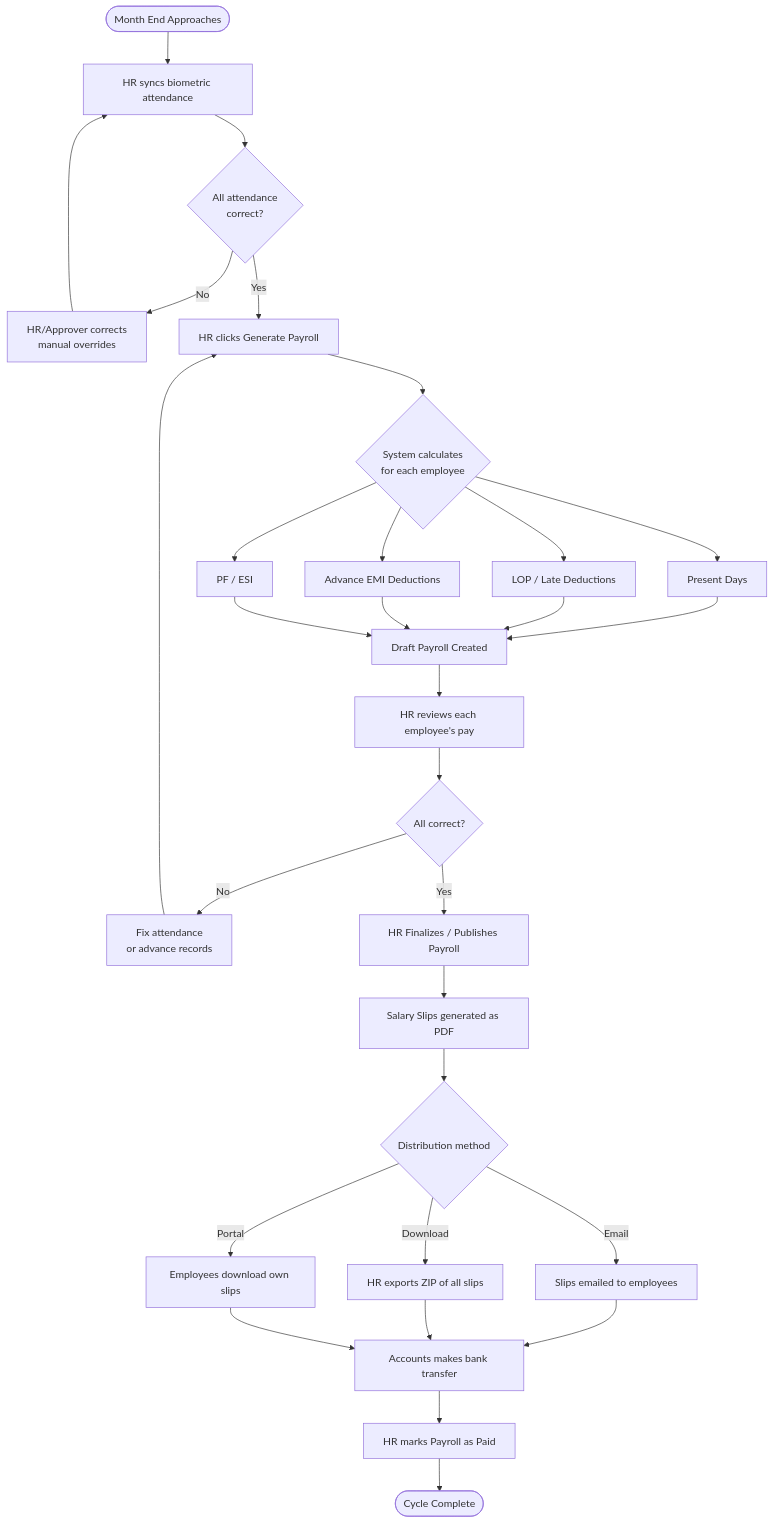
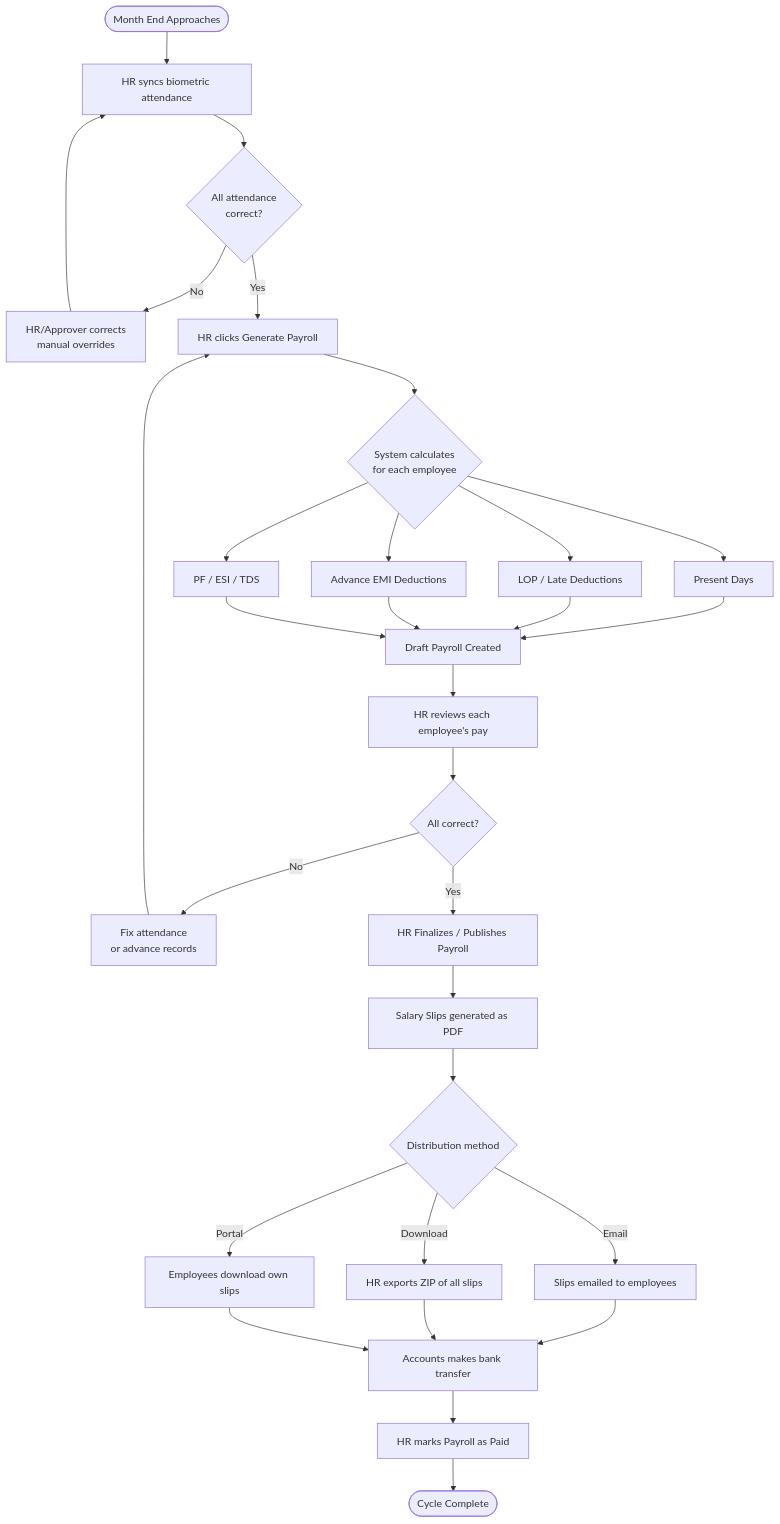
One commit to AiTrainee-1/UKT_HR_Portal changed the first of 5 diagrams in user-guide.md. Above: the diagram before and after it, drawn with Mermaid. The commit also changed other lines of this file and 247 other files, not shown here.

````diff
--- a/user-guide.md
+++ b/user-guide.md
@@ -1559,27 +1642,27 @@
 ```mermaid
 flowchart TD
     A([Month End Approaches]) --> B[HR syncs biometric attendance]
     B --> C{All attendance\ncorrect?}
     C -- No --> D[HR/Approver corrects\nmanual overrides]
     D --> B
     C -- Yes --> E[HR clicks Generate Payroll]
     E --> F{System calculates\nfor each employee}
     F --> G[Present Days]
     F --> H[LOP / Late Deductions]
     F --> I[Advance EMI Deductions]
-    F --> J[PF / ESI]
+    F --> J[PF / ESI / TDS]
     G & H & I & J --> K[Draft Payroll Created]
     K --> L[HR reviews each employee's pay]
     L --> M{All correct?}
     M -- No --> N[Fix attendance\nor advance records]
     N --> E
     M -- Yes --> O[HR Finalizes / Publishes Payroll]
     O --> P[Salary Slips generated as PDF]
     P --> Q{Distribution method}
     Q -- Email --> R[Slips emailed to employees]
     Q -- Download --> S[HR exports ZIP of all slips]
     Q -- Portal --> T[Employees download own slips]
     R & S & T --> U[Accounts makes bank transfer]
     U --> V[HR marks Payroll as Paid]
     V --> W([Cycle Complete])
 ```
````
